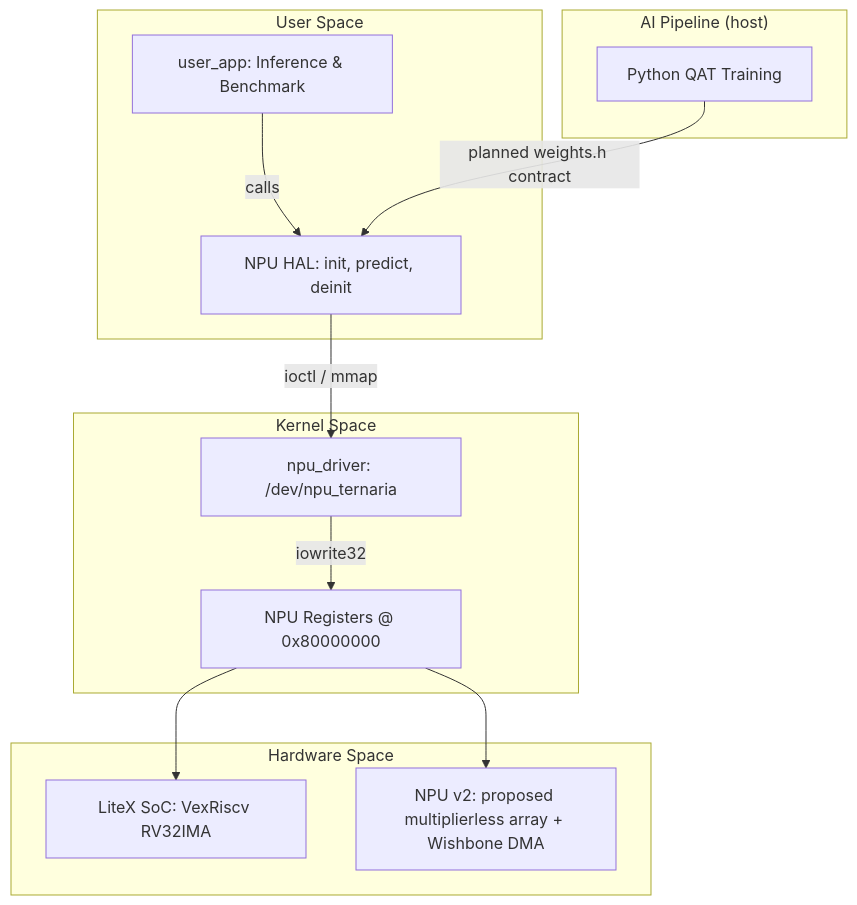
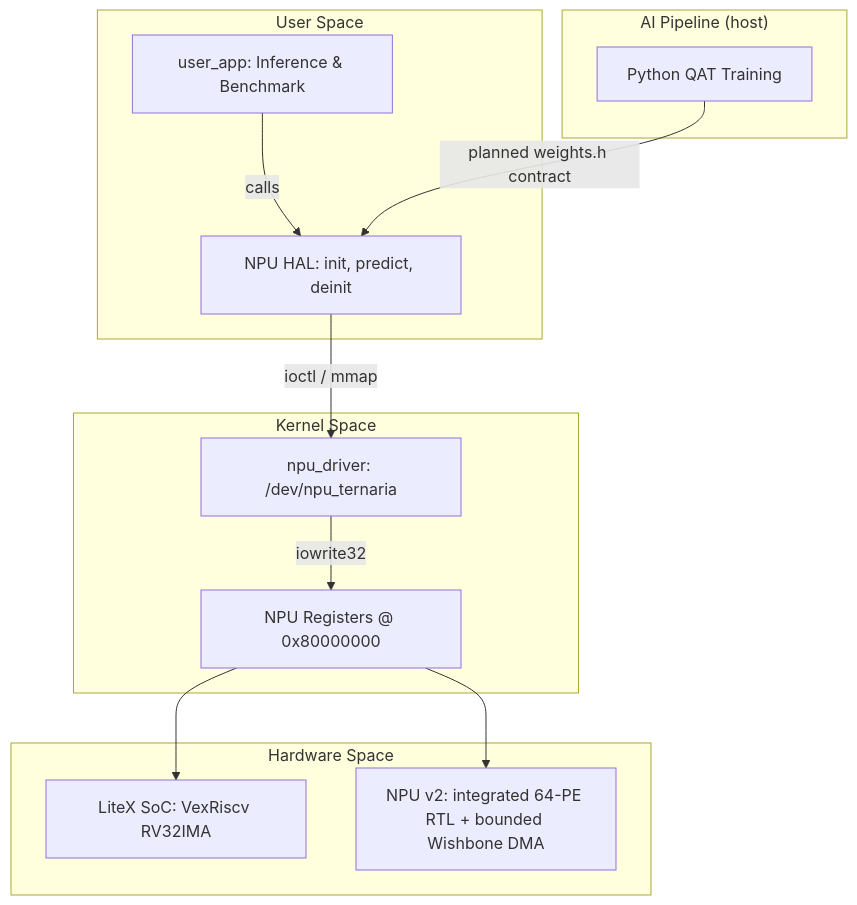
Before and after one commit to arthur-og/TernaryEdge-RV: the diagram in README.md, drawn with Mermaid. The commit also changed other lines of this file and 90 other files, not shown here.

First line of the commit message:
feat(npu): complete canonical NPU v2 RTL, DMA, ABI and docs

````diff
--- a/README.md
+++ b/README.md
@@ -39,20 +39,20 @@
 ```mermaid
 graph TD
     subgraph UserSpace ["User Space"]
         A[user_app: Inference & Benchmark]
         B[NPU HAL: init, predict, deinit]
         A -->|calls| B
     end
     subgraph KernelSpace ["Kernel Space"]
         C[npu_driver: /dev/npu_ternaria]
         B -->|ioctl / mmap| C
         C -->|iowrite32| D[NPU Registers @ 0x80000000]
     end
     subgraph HardwareSpace ["Hardware Space"]
         D --> E[LiteX SoC: VexRiscv RV32IMA]
-        D --> F[NPU v2: proposed multiplierless array + Wishbone DMA]
+        D --> F[NPU v2: integrated 64-PE RTL + bounded Wishbone DMA]
     end
     subgraph AIPipeline ["AI Pipeline (host)"]
         G[Python QAT Training] -->|planned weights.h contract| B
     end
 ```
````
